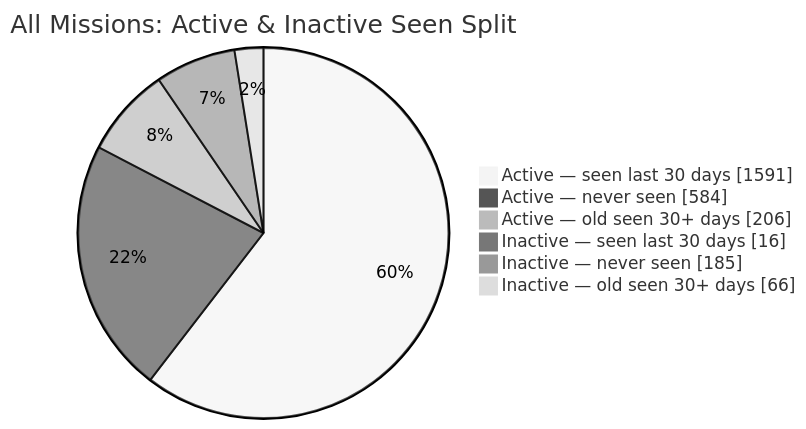
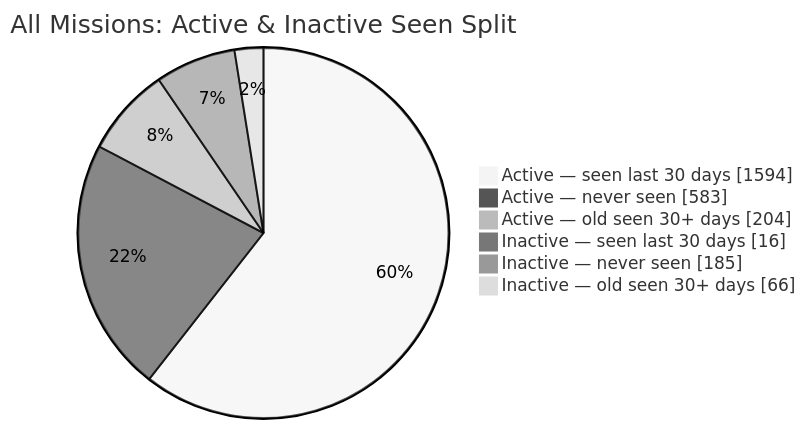
The second of 2 diagrams in README.md (MeldkamerspelGameTeam/active-missions), drawn with Mermaid (neutral theme) before and after one commit. The commit also changed other lines of this file and 3 other files, not shown here.

````diff
--- a/README.md
+++ b/README.md
@@ -44,10 +44,10 @@
 ```mermaid
 pie showData
     title All Missions: Active & Inactive Seen Split
-    "Active — seen last 30 days" : 1591
-    "Active — never seen" : 584
-    "Active — old seen 30+ days" : 206
+    "Active — seen last 30 days" : 1594
+    "Active — never seen" : 583
+    "Active — old seen 30+ days" : 204
     "Inactive — seen last 30 days" : 16
     "Inactive — never seen" : 185
     "Inactive — old seen 30+ days" : 66
 ```
````
